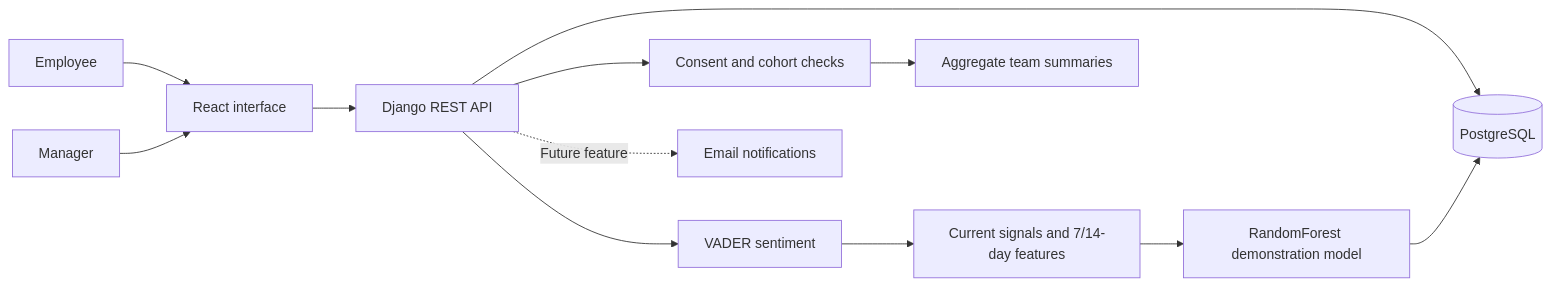
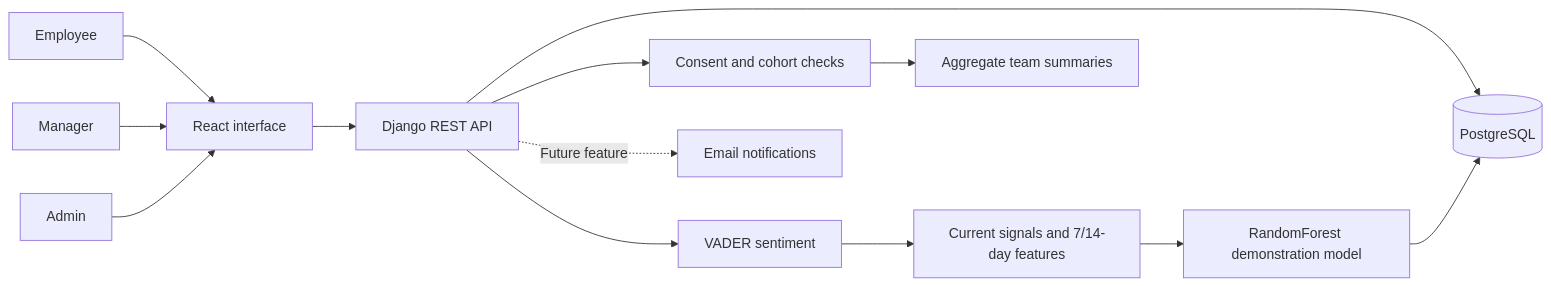
One commit to Rupaumamahesh/wellwatch-ai changed the diagram in README.md. Above: the diagram before and after it, drawn with Mermaid. The commit also changed other lines of this file and 14 other files, not shown here.

````diff
--- a/README.md
+++ b/README.md
@@ -23,14 +23,15 @@
 ```mermaid
 flowchart LR
     E[Employee] --> UI[React interface]
     M[Manager] --> UI
+    A[Admin] --> UI
     UI --> API[Django REST API]
     API --> DB[(PostgreSQL)]
     API --> S[VADER sentiment]
     S --> F[Current signals and 7/14-day features]
     F --> RF[RandomForest demonstration model]
     RF --> DB
     API --> P[Consent and cohort checks]
     P --> T[Aggregate team summaries]
     API -. Future feature .-> Mail[Email notifications]
 ```
````
